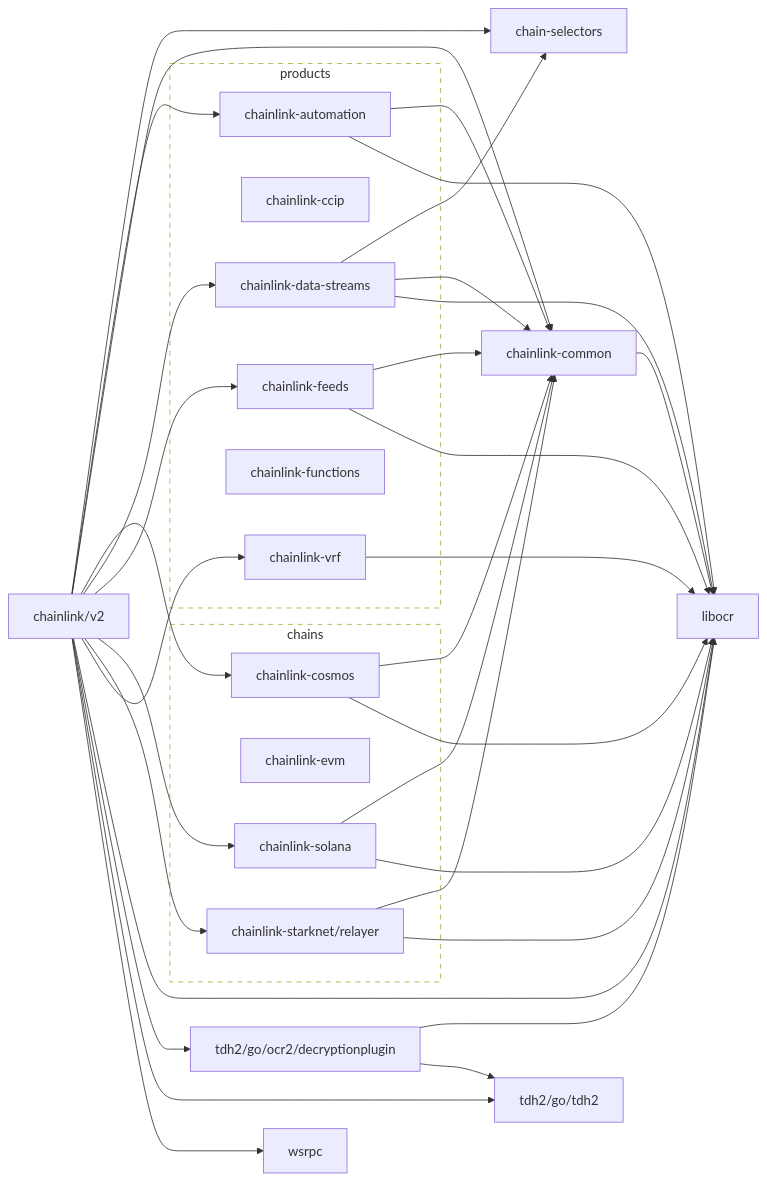
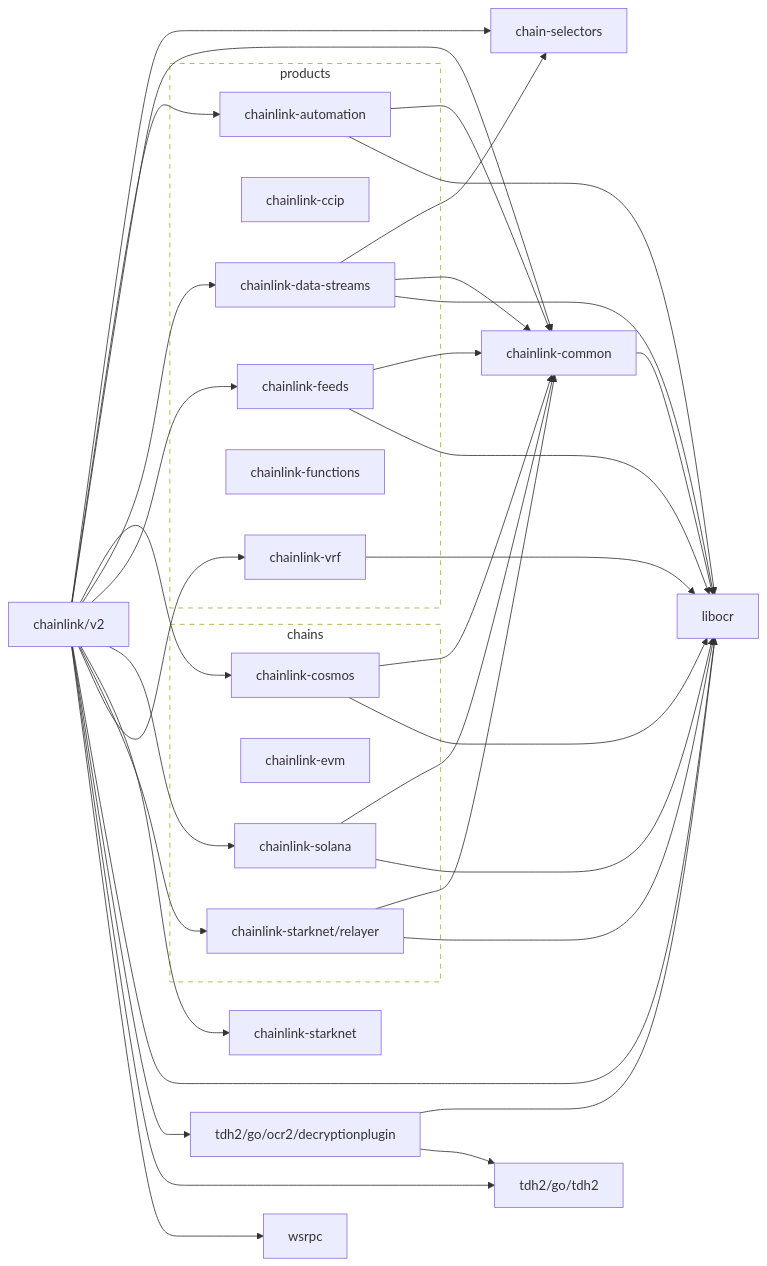
One commit to smartcontractkit/chainlink changed the diagram in go.md. Above: the diagram before and after it, drawn with Mermaid. The commit also changed 46 other files, not shown here.

````diff
--- a/go.md
+++ b/go.md
@@ -2,65 +2,67 @@
 ```mermaid
 flowchart LR
   subgraph chains
     chainlink-cosmos
     chainlink-evm
     chainlink-solana
     chainlink-starknet/relayer
   end
 
   subgraph products
     chainlink-automation
     chainlink-ccip
     chainlink-data-streams
     chainlink-feeds
     chainlink-functions
     chainlink-vrf
   end
 
   classDef outline stroke-dasharray:6,fill:none;
   class chains,products outline
 
   chainlink/v2 --> chain-selectors
   click chain-selectors href "https://github.com/smartcontractkit/chain-selectors"
   chainlink/v2 --> chainlink-automation
   click chainlink-automation href "https://github.com/smartcontractkit/chainlink-automation"
   chainlink/v2 --> chainlink-common
   click chainlink-common href "https://github.com/smartcontractkit/chainlink-common"
   chainlink/v2 --> chainlink-cosmos
   click chainlink-cosmos href "https://github.com/smartcontractkit/chainlink-cosmos"
   chainlink/v2 --> chainlink-data-streams
   click chainlink-data-streams href "https://github.com/smartcontractkit/chainlink-data-streams"
   chainlink/v2 --> chainlink-feeds
   click chainlink-feeds href "https://github.com/smartcontractkit/chainlink-feeds"
   chainlink/v2 --> chainlink-solana
   click chainlink-solana href "https://github.com/smartcontractkit/chainlink-solana"
+  chainlink/v2 --> chainlink-starknet
+  click chainlink-starknet href "https://github.com/smartcontractkit/chainlink-starknet"
   chainlink/v2 --> chainlink-starknet/relayer
   click chainlink-starknet/relayer href "https://github.com/smartcontractkit/chainlink-starknet"
   chainlink/v2 --> chainlink-vrf
   click chainlink-vrf href "https://github.com/smartcontractkit/chainlink-vrf"
   chainlink/v2 --> libocr
   click libocr href "https://github.com/smartcontractkit/libocr"
   chainlink/v2 --> tdh2/go/ocr2/decryptionplugin
   click tdh2/go/ocr2/decryptionplugin href "https://github.com/smartcontractkit/tdh2"
   chainlink/v2 --> tdh2/go/tdh2
   click tdh2/go/tdh2 href "https://github.com/smartcontractkit/tdh2"
   chainlink/v2 --> wsrpc
   click wsrpc href "https://github.com/smartcontractkit/wsrpc"
   chainlink-automation --> chainlink-common
   chainlink-automation --> libocr
   chainlink-common --> libocr
   chainlink-cosmos --> chainlink-common
   chainlink-cosmos --> libocr
   chainlink-data-streams --> chain-selectors
   chainlink-data-streams --> chainlink-common
   chainlink-data-streams --> libocr
   chainlink-feeds --> chainlink-common
   chainlink-feeds --> libocr
   chainlink-solana --> chainlink-common
   chainlink-solana --> libocr
   chainlink-starknet/relayer --> chainlink-common
   chainlink-starknet/relayer --> libocr
   chainlink-vrf --> libocr
   tdh2/go/ocr2/decryptionplugin --> libocr
   tdh2/go/ocr2/decryptionplugin --> tdh2/go/tdh2
 ```
````
